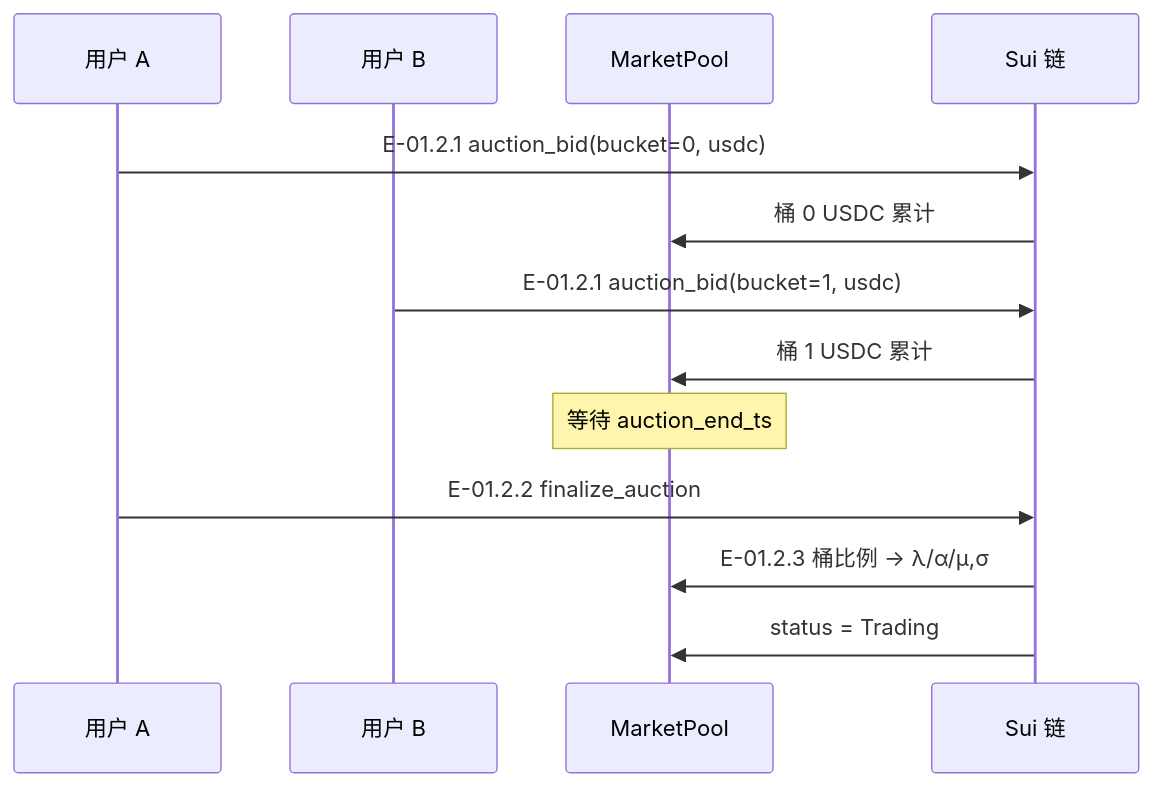
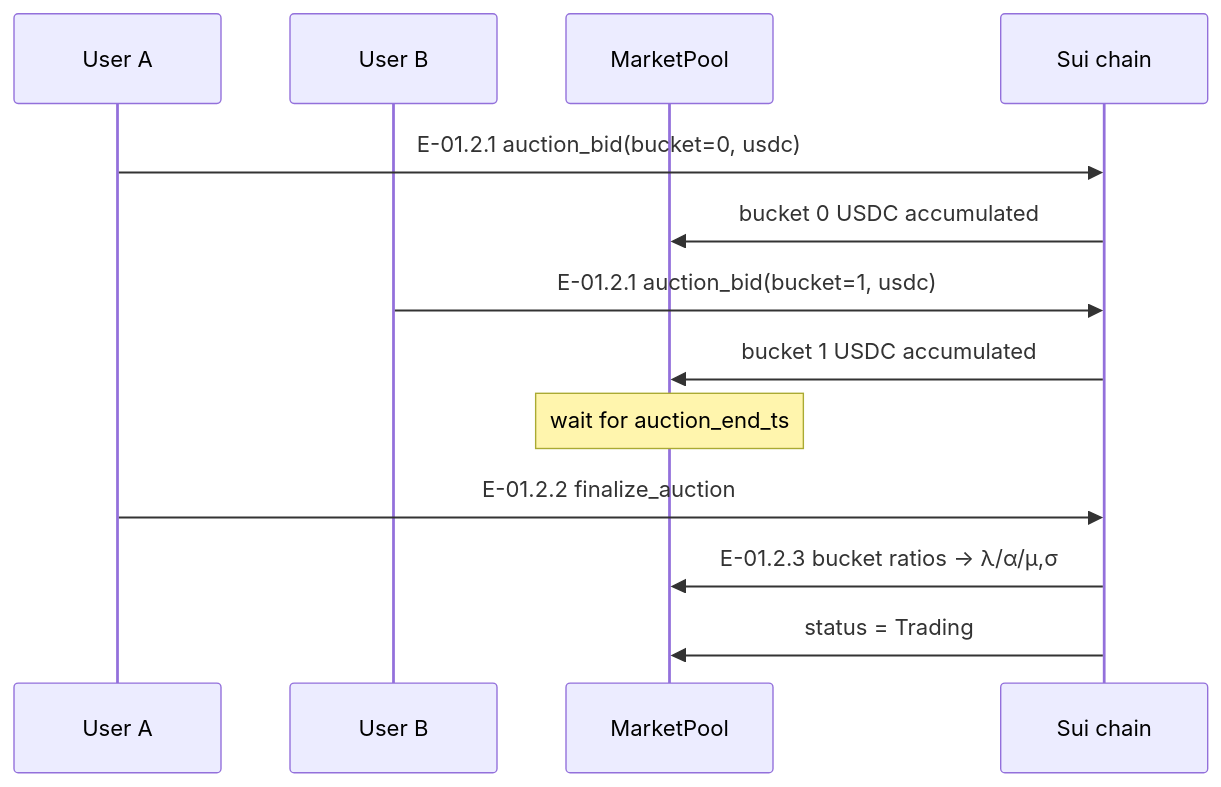
One commit to bamaao/x-market changed the second of 8 diagrams in docs/business-spec.md. Above: the diagram before and after it, drawn with Mermaid. The commit also changed other lines of this file and 93 other files, not shown here.

````diff
--- a/docs/business-spec.md
+++ b/docs/business-spec.md
@@ -724,16 +726,16 @@
 ```mermaid
 sequenceDiagram
-    participant U1 as 用户 A
-    participant U2 as 用户 B
+    participant U1 as User A
+    participant U2 as User B
     participant Pool as MarketPool
-    participant Chain as Sui 链
+    participant Chain as Sui chain
 
     U1->>Chain: E-01.2.1 auction_bid(bucket=0, usdc)
-    Chain->>Pool: 桶 0 USDC 累计
+    Chain->>Pool: bucket 0 USDC accumulated
     U2->>Chain: E-01.2.1 auction_bid(bucket=1, usdc)
-    Chain->>Pool: 桶 1 USDC 累计
-    Note over Pool: 等待 auction_end_ts
+    Chain->>Pool: bucket 1 USDC accumulated
+    Note over Pool: wait for auction_end_ts
     U1->>Chain: E-01.2.2 finalize_auction
-    Chain->>Pool: E-01.2.3 桶比例 → λ/α/μ,σ
+    Chain->>Pool: E-01.2.3 bucket ratios → λ/α/μ,σ
     Chain->>Pool: status = Trading
 ```
````
